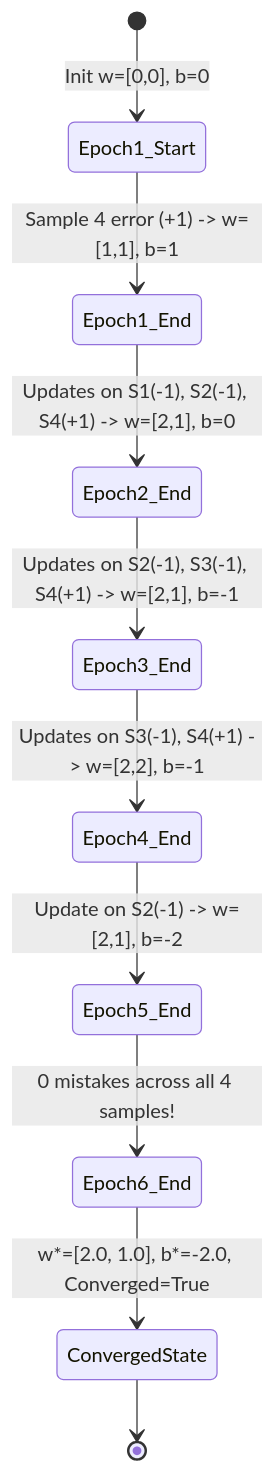
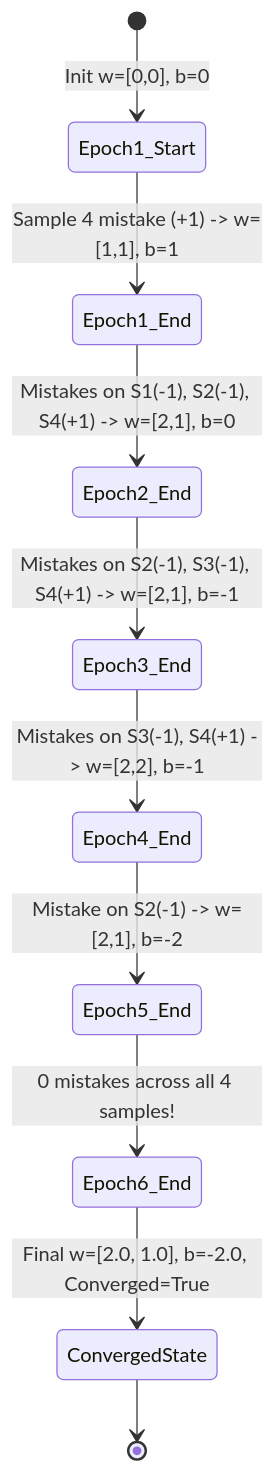
One commit to Chief-Strategist-J/policy-orchestrator changed the second of 3 diagrams in src/features/code_engine/algos/nn/perceptron_learning/README.md. Above: the diagram before and after it, drawn with Mermaid. The commit also changed other lines of this file and 1 other file, not shown here.

````diff
--- a/src/features/code_engine/algos/nn/perceptron_learning/README.md
+++ b/src/features/code_engine/algos/nn/perceptron_learning/README.md
@@ -78,12 +78,12 @@
 ```mermaid
 stateDiagram-v2
     [*] --> Epoch1_Start: Init w=[0,0], b=0
-    Epoch1_Start --> Epoch1_End: Sample 4 error (+1) -> w=[1,1], b=1
-    Epoch1_End --> Epoch2_End: Updates on S1(-1), S2(-1), S4(+1) -> w=[2,1], b=0
-    Epoch2_End --> Epoch3_End: Updates on S2(-1), S3(-1), S4(+1) -> w=[2,1], b=-1
-    Epoch3_End --> Epoch4_End: Updates on S3(-1), S4(+1) -> w=[2,2], b=-1
-    Epoch4_End --> Epoch5_End: Update on S2(-1) -> w=[2,1], b=-2
+    Epoch1_Start --> Epoch1_End: Sample 4 mistake (+1) -> w=[1,1], b=1
+    Epoch1_End --> Epoch2_End: Mistakes on S1(-1), S2(-1), S4(+1) -> w=[2,1], b=0
+    Epoch2_End --> Epoch3_End: Mistakes on S2(-1), S3(-1), S4(+1) -> w=[2,1], b=-1
+    Epoch3_End --> Epoch4_End: Mistakes on S3(-1), S4(+1) -> w=[2,2], b=-1
+    Epoch4_End --> Epoch5_End: Mistake on S2(-1) -> w=[2,1], b=-2
     Epoch5_End --> Epoch6_End: 0 mistakes across all 4 samples!
-    Epoch6_End --> ConvergedState: w*=[2.0, 1.0], b*=-2.0, Converged=True
+    Epoch6_End --> ConvergedState: Final w=[2.0, 1.0], b=-2.0, Converged=True
     ConvergedState --> [*]
 ```
````
